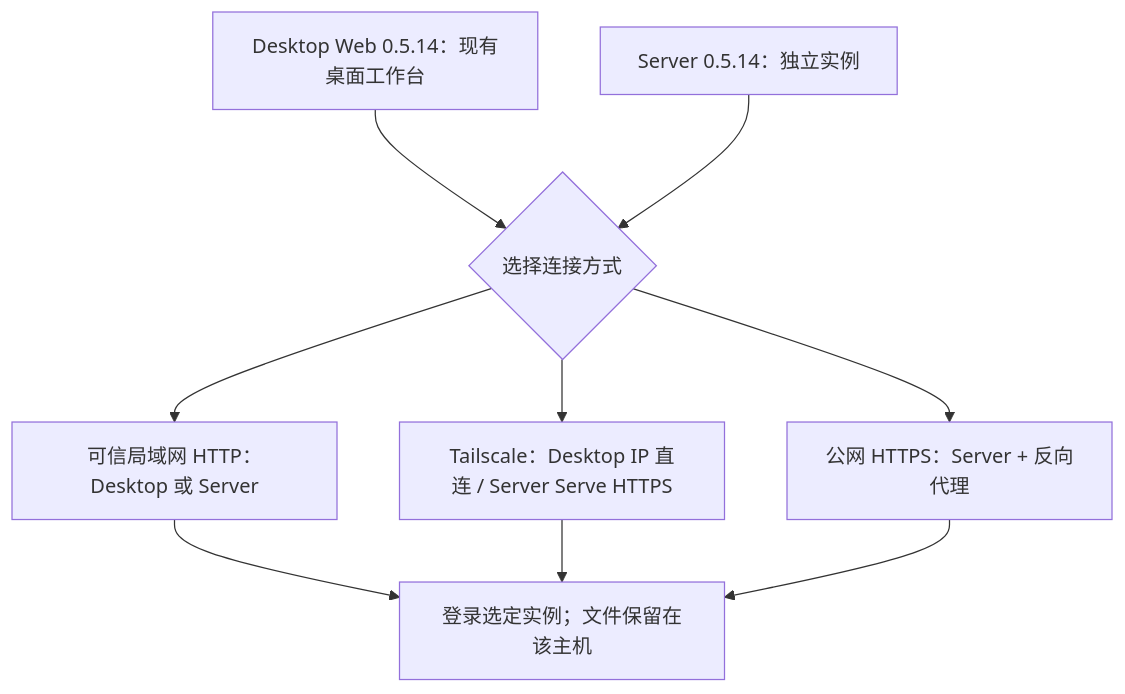
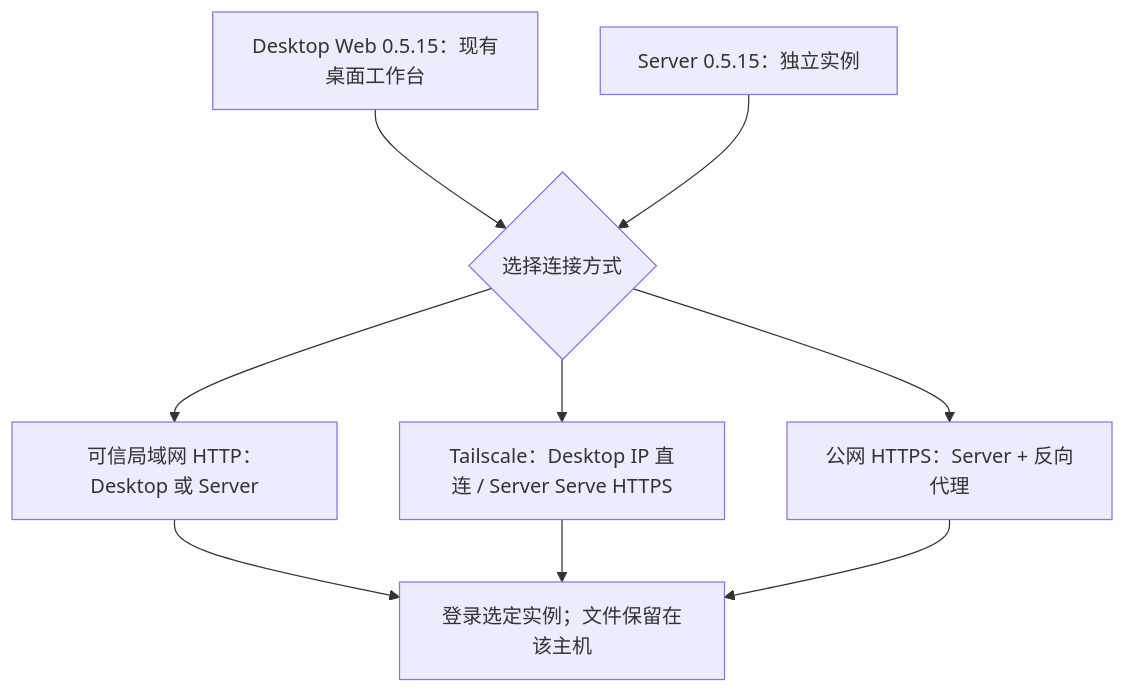
The diagram in website/site/public/assets/diagrams/deployment-choice-zh.mmd (murray17/rovai-ai), drawn with Mermaid before and after one commit. The commit also changed 10 other files, not shown here.

```diff
--- a/website/site/public/assets/diagrams/deployment-choice-zh.mmd
+++ b/website/site/public/assets/diagrams/deployment-choice-zh.mmd
@@ -1,12 +1,12 @@
 flowchart TB
-  desktop["Desktop Web 0.5.14：现有桌面工作台"]
-  server["Server 0.5.14：独立实例"]
+  desktop["Desktop Web 0.5.15：现有桌面工作台"]
+  server["Server 0.5.15：独立实例"]
   choice{"选择连接方式"}
   desktop --> choice
   server --> choice
   choice --> lan["可信局域网 HTTP：Desktop 或 Server"]
   choice --> ts["Tailscale：Desktop IP 直连 / Server Serve HTTPS"]
   choice --> public["公网 HTTPS：Server + 反向代理"]
   lan --> login["登录选定实例；文件保留在该主机"]
   ts --> login
   public --> login
```
